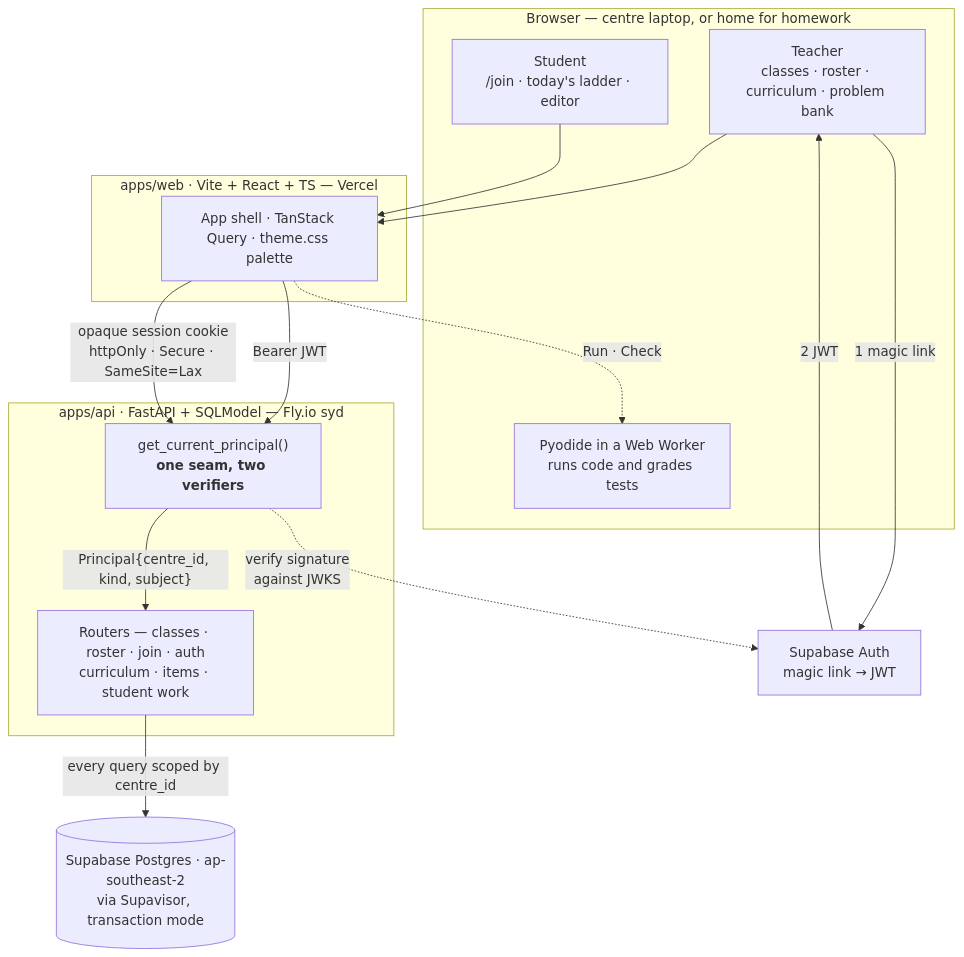
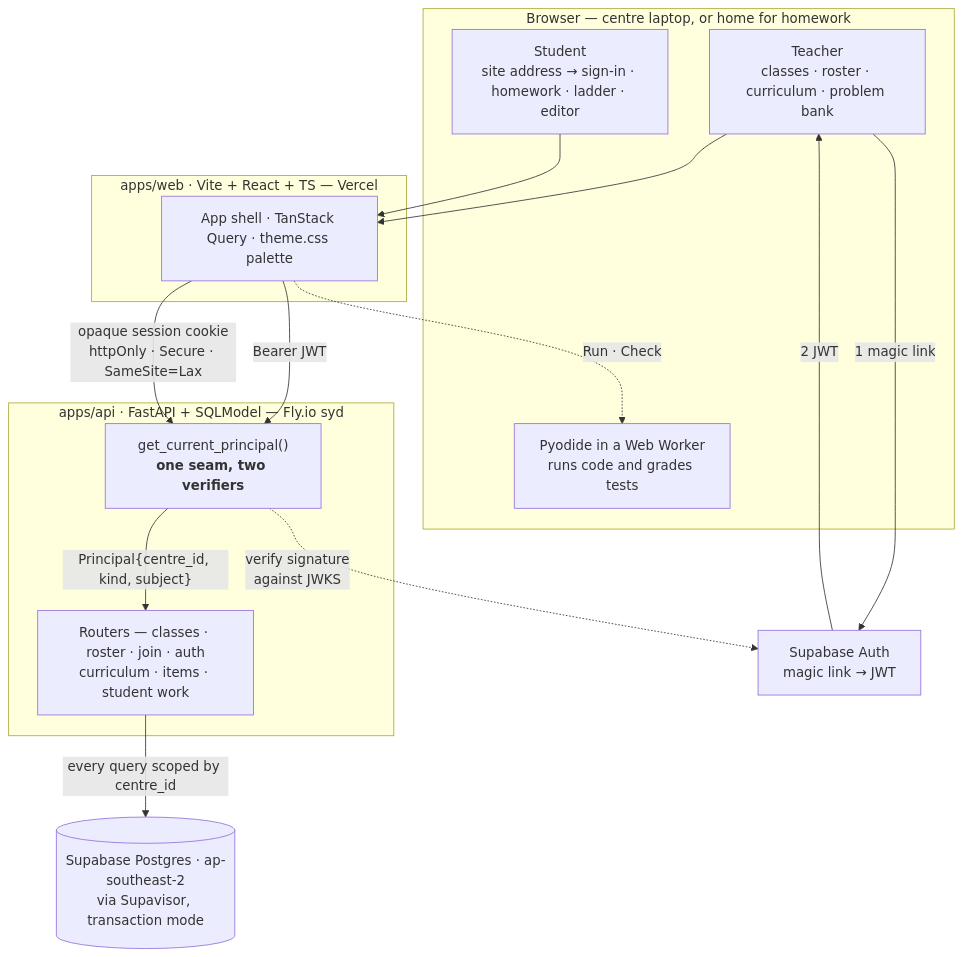
Before and after one commit to ryuken101/yogucode: the first of 2 diagrams in README.md, drawn with Mermaid. The commit also changed other lines of this file and 11 other files, not shown here.

````diff
--- a/README.md
+++ b/README.md
@@ -27,31 +27,31 @@
 ```mermaid
 flowchart TB
     subgraph browser["Browser — centre laptop, or home for homework"]
         teacher["Teacher<br/>classes · roster · curriculum · problem bank"]
-        student["Student<br/>/join · today's ladder · editor"]
+        student["Student<br/>site address → sign-in · homework · ladder · editor"]
         pyodide["Pyodide in a Web Worker<br/>runs code and grades tests"]
     end
 
     subgraph webapp["apps/web · Vite + React + TS — Vercel"]
         shell["App shell · TanStack Query · theme.css palette"]
     end
 
     subgraph apisvc["apps/api · FastAPI + SQLModel — Fly.io syd"]
         seam["get_current_principal()<br/><b>one seam, two verifiers</b>"]
         routes["Routers — classes · roster · join · auth<br/>curriculum · items · student work"]
     end
 
     auth["Supabase Auth<br/>magic link → JWT"]
     db[("Supabase Postgres · ap-southeast-2<br/>via Supavisor, transaction mode")]
 
     teacher -- "1 magic link" --> auth
     auth -- "2 JWT" --> teacher
     teacher --> shell
     student --> shell
     shell -. "Run · Check" .-> pyodide
     shell -- "Bearer JWT" --> seam
     shell -- "opaque session cookie<br/>httpOnly · Secure · SameSite=Lax" --> seam
     seam -. "verify signature<br/>against JWKS" .-> auth
     seam -- "Principal{centre_id, kind, subject}" --> routes
     routes -- "every query scoped by centre_id" --> db
 ```
````
